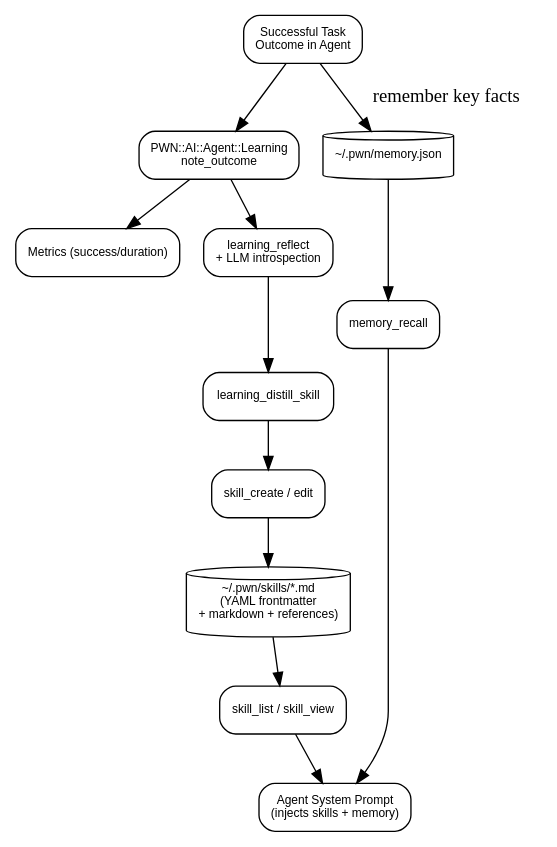
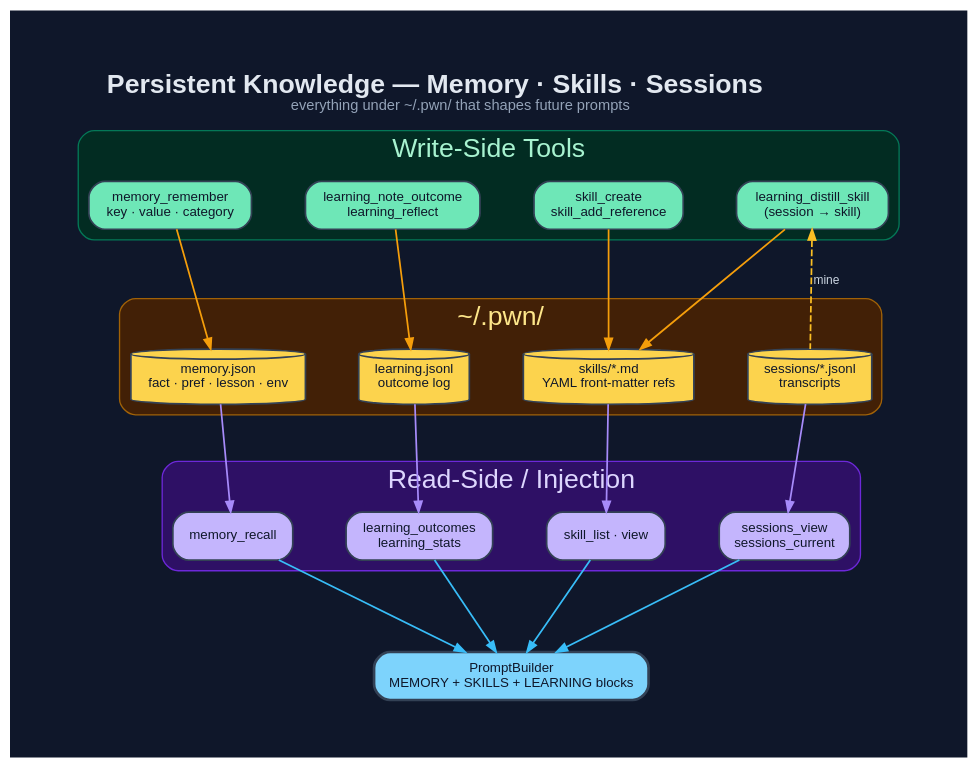
The diagram in documentation/diagrams/dot/memory-skills-detailed.dot (0dayInc/pwn), drawn with Graphviz before and after one commit. The commit also changed 58 other files, not shown here.

```diff
--- a/documentation/diagrams/dot/memory-skills-detailed.dot
+++ b/documentation/diagrams/dot/memory-skills-detailed.dot
@@ -1,28 +1,60 @@
-digraph "PWN Memory & Skills Detailed Data Flow" {
-  rankdir=TB;
-  node [shape=box, style=rounded, fontname="Arial", fontsize=9];
+digraph "PWN_MemorySkills" {
+  graph [
+    label=<<B>Persistent Knowledge — Memory · Skills · Sessions</B><BR/><FONT POINT-SIZE="11" COLOR="#94a3b8">everything under ~/.pwn/ that shapes future prompts</FONT>>,
+    labelloc=t, fontsize=20, fontname="Helvetica",
+    rankdir=TB, splines=spline, nodesep=0.55, ranksep=0.95,
+    bgcolor="#0f172a", fontcolor="#e2e8f0", pad=0.6, newrank=true
+  ];
+  node [fontname="Helvetica", fontsize=10, style="filled,rounded",
+        shape=box, penwidth=1.3, color="#334155", fontcolor="#0f172a"];
+  edge [fontname="Helvetica", fontsize=9, color="#94a3b8",
+        fontcolor="#cbd5e1", penwidth=1.3, arrowsize=0.8];
 
-  Input [label="Successful Task\nOutcome in Agent"];
-  Learn [label="PWN::AI::Agent::Learning\nnote_outcome"];
-  Metrics [label="Metrics (success/duration)"];
-  Introspect [label="learning_reflect\n+ LLM introspection"];
-  Distill [label="learning_distill_skill"];
-  SkillCreate [label="skill_create / edit"];
-  SkillStore [label="~/.pwn/skills/*.md\n(YAML frontmatter\n+ markdown + references)", shape=cylinder, fillcolor=lightyellow];
-  MemStore [label="~/.pwn/memory.json", shape=cylinder, fillcolor=lightyellow];
-  SkillList [label="skill_list / skill_view"];
-  AgentPrompt [label="Agent System Prompt\n(injects skills + memory)"];
-  Recall [label="memory_recall"];
+  subgraph cluster_write {
+    label="Write-Side Tools"; fontcolor="#a7f3d0"; style=rounded;
+    color="#047857"; bgcolor="#022c22";
+    Rem    [label="memory_remember\nkey · value · category",   fillcolor="#6ee7b7"];
+    Skc    [label="skill_create\nskill_add_reference",           fillcolor="#6ee7b7"];
+    Note   [label="learning_note_outcome\nlearning_reflect",     fillcolor="#6ee7b7"];
+    Dist   [label="learning_distill_skill\n(session → skill)",   fillcolor="#6ee7b7"];
+  }
+  {rank=same; Rem; Skc; Note; Dist}
 
-  Input -> Learn;
-  Learn -> Metrics;
-  Learn -> Introspect;
-  Introspect -> Distill;
-  Distill -> SkillCreate;
-  SkillCreate -> SkillStore;
-  SkillStore -> SkillList;
-  SkillList -> AgentPrompt;
-  Input -> MemStore [label="remember key facts"];
-  Recall -> AgentPrompt;
-  MemStore -> Recall;
+  subgraph cluster_files {
+    label="~/.pwn/"; fontcolor="#fde68a"; style=rounded;
+    color="#a16207"; bgcolor="#422006";
+    Fmem [label="memory.json\nfact · pref · lesson · env", shape=cylinder, fillcolor="#fcd34d"];
+    Fskl [label="skills/*.md\nYAML front-matter refs",       shape=cylinder, fillcolor="#fcd34d"];
+    Flrn [label="learning.jsonl\noutcome log",               shape=cylinder, fillcolor="#fcd34d"];
+    Fses [label="sessions/*.jsonl\ntranscripts",              shape=cylinder, fillcolor="#fcd34d"];
+  }
+  {rank=same; Fmem; Fskl; Flrn; Fses}
+
+  subgraph cluster_read {
+    label="Read-Side / Injection"; fontcolor="#ddd6fe"; style=rounded;
+    color="#6d28d9"; bgcolor="#2e1065";
+    Rec  [label="memory_recall",       fillcolor="#c4b5fd"];
+    Skv  [label="skill_list · view",   fillcolor="#c4b5fd"];
+    Out  [label="learning_outcomes\nlearning_stats", fillcolor="#c4b5fd"];
+    Sesv [label="sessions_view\nsessions_current",   fillcolor="#c4b5fd"];
+  }
+  {rank=same; Rec; Skv; Out; Sesv}
+
+  Prompt [label="PromptBuilder\nMEMORY + SKILLS + LEARNING blocks", fillcolor="#7dd3fc", penwidth=2];
+
+  Rem  -> Fmem [color="#f59e0b"];
+  Skc  -> Fskl [color="#f59e0b"];
+  Note -> Flrn [color="#f59e0b"];
+  Dist -> Fskl [color="#f59e0b"];
+  Dist -> Fses [dir=back, style=dashed, color="#fbbf24", label="mine"];
+
+  Fmem -> Rec  [color="#a78bfa"];
+  Fskl -> Skv  [color="#a78bfa"];
+  Flrn -> Out  [color="#a78bfa"];
+  Fses -> Sesv [color="#a78bfa"];
+
+  Rec  -> Prompt [color="#38bdf8"];
+  Skv  -> Prompt [color="#38bdf8"];
+  Out  -> Prompt [color="#38bdf8"];
+  Sesv -> Prompt [color="#38bdf8"];
 }
```
